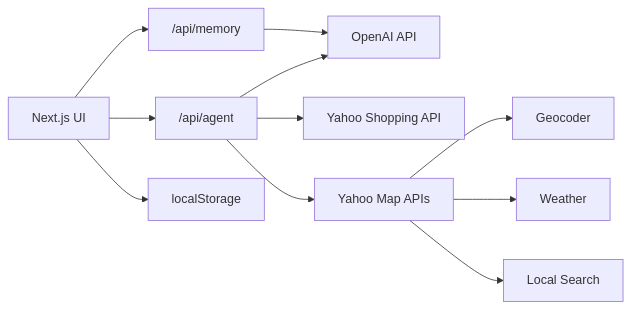
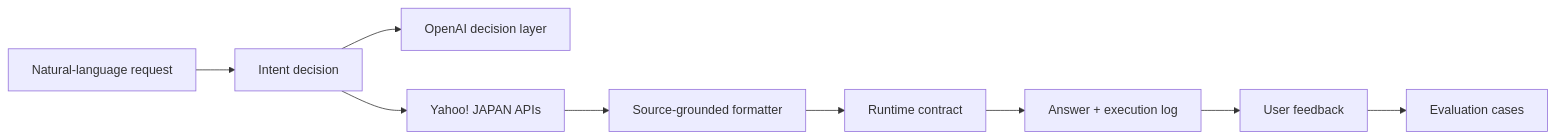
The diagram in docs/README.en.md (dragonwang71/agent-yh-prototype), drawn with Mermaid before and after one commit. The commit also changed other lines of this file and 36 other files, not shown here.

Commit message:
Upgrade Agent yh experience and engineering harness (#1)

````diff
--- a/docs/README.en.md
+++ b/docs/README.en.md
@@ -69,16 +26,11 @@
 ```mermaid
 flowchart LR
-  UI["Next.js UI"] --> Agent["/api/agent"]
-  UI --> MemoryAPI["/api/memory"]
-
-  Agent --> OpenAI["OpenAI API"]
-  Agent --> YahooShopping["Yahoo Shopping API"]
-  Agent --> YahooMap["Yahoo Map APIs"]
-
-  YahooMap --> Geo["Geocoder"]
-  YahooMap --> Weather["Weather"]
-  YahooMap --> Local["Local Search"]
-
-  MemoryAPI --> OpenAI
-  UI --> Storage["localStorage"]
+  Request["Natural-language request"] --> Intent["Intent decision"]
+  Intent --> OpenAI["OpenAI decision layer"]
+  Intent --> Yahoo["Yahoo! JAPAN APIs"]
+  Yahoo --> Format["Source-grounded formatter"]
+  Format --> Contract["Runtime contract"]
+  Contract --> UI["Answer + execution log"]
+  UI --> Feedback["User feedback"]
+  Feedback --> Harness["Evaluation cases"]
 ```
````
